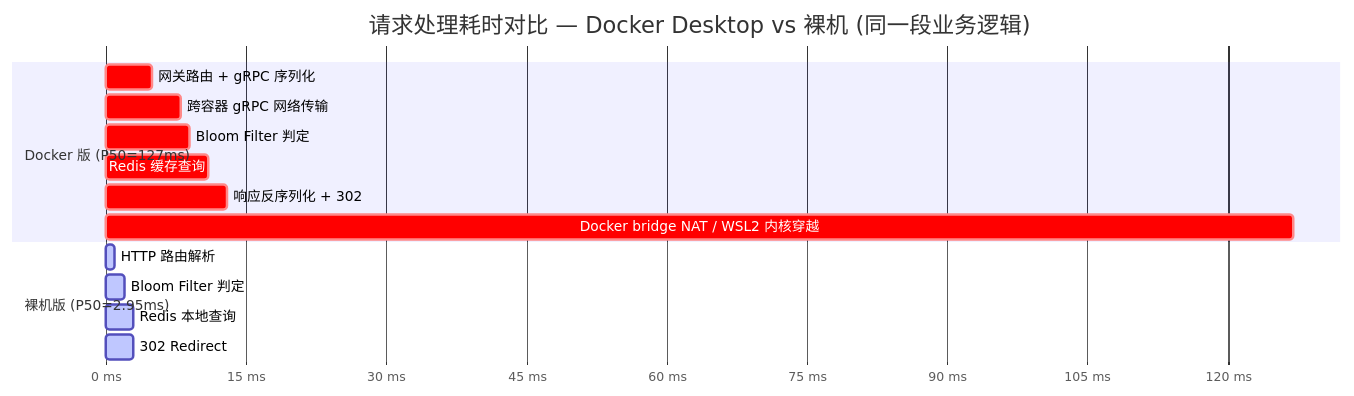
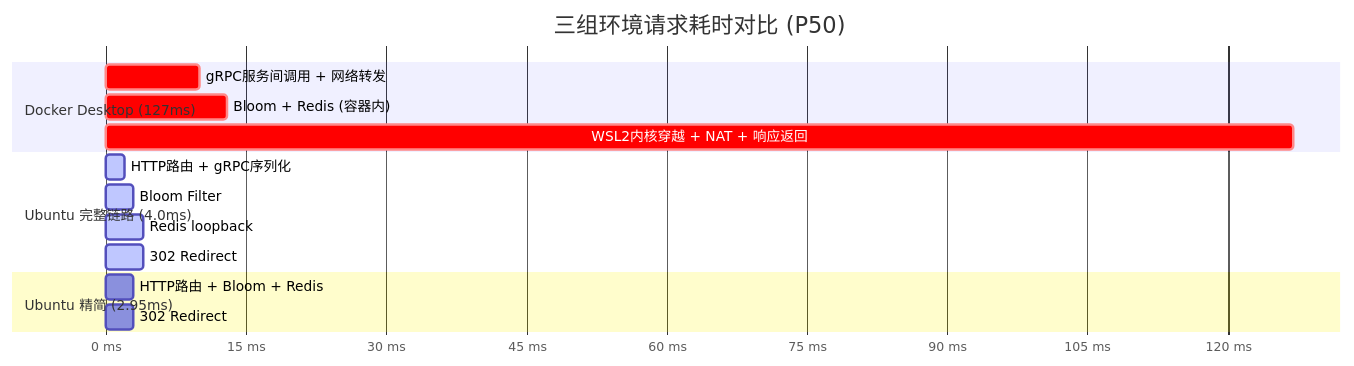
The diagram in README.md (Vierblatt/shortlink), drawn with Mermaid before and after one commit. The commit also changed other lines of this file, not shown here.

First line of the commit message:
压测报告：新增 Ubuntu 裸机完整 go-zero 链路数据

````diff
--- a/README.md
+++ b/README.md
@@ -188,20 +194,21 @@
 ```mermaid
 gantt
-    title 请求处理耗时对比 — Docker Desktop vs 裸机 (同一段业务逻辑)
+    title 三组环境请求耗时对比 (P50)
     dateFormat X
     axisFormat %s ms
 
-    section Docker 版 (P50=127ms)
-    网关路由 + gRPC 序列化       :crit, d1, 0, 5
-    跨容器 gRPC 网络传输          :crit, d2, 5, 8
-    Bloom Filter 判定            :crit, d3, 8, 9
-    Redis 缓存查询               :crit, d4, 9, 11
-    响应反序列化 + 302           :crit, d5, 11, 13
-    Docker bridge NAT / WSL2 内核穿越 :crit, d6, 13, 127
+    section Docker Desktop (127ms)
+    gRPC服务间调用 + 网络转发       :crit, d1, 0, 10
+    Bloom + Redis (容器内)          :crit, d2, 10, 13
+    WSL2内核穿越 + NAT + 响应返回   :crit, d3, 13, 127
 
-    section 裸机版 (P50=2.95ms)
-    HTTP 路由解析        :active, b1, 0, 1
-    Bloom Filter 判定    :active, b2, 1, 2
-    Redis 本地查询       :active, b3, 2, 3
-    302 Redirect         :active, b4, 3, 3
+    section Ubuntu 完整链路 (4.0ms)
+    HTTP路由 + gRPC序列化          :active, f1, 0, 2
+    Bloom Filter                   :active, f2, 2, 3
+    Redis loopback                 :active, f3, 3, 4
+    302 Redirect                   :active, f4, 4, 4
+
+    section Ubuntu 精简 (2.95ms)
+    HTTP路由 + Bloom + Redis       :b1, 0, 3
+    302 Redirect                   :b2, 3, 3
 ```
````
